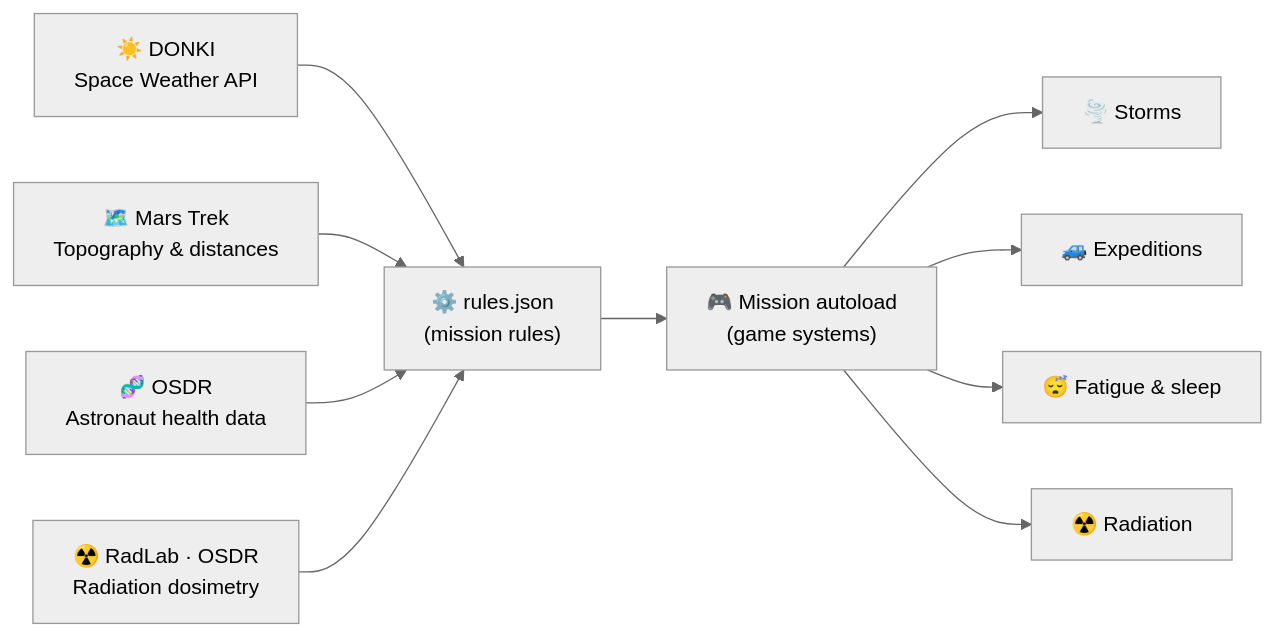
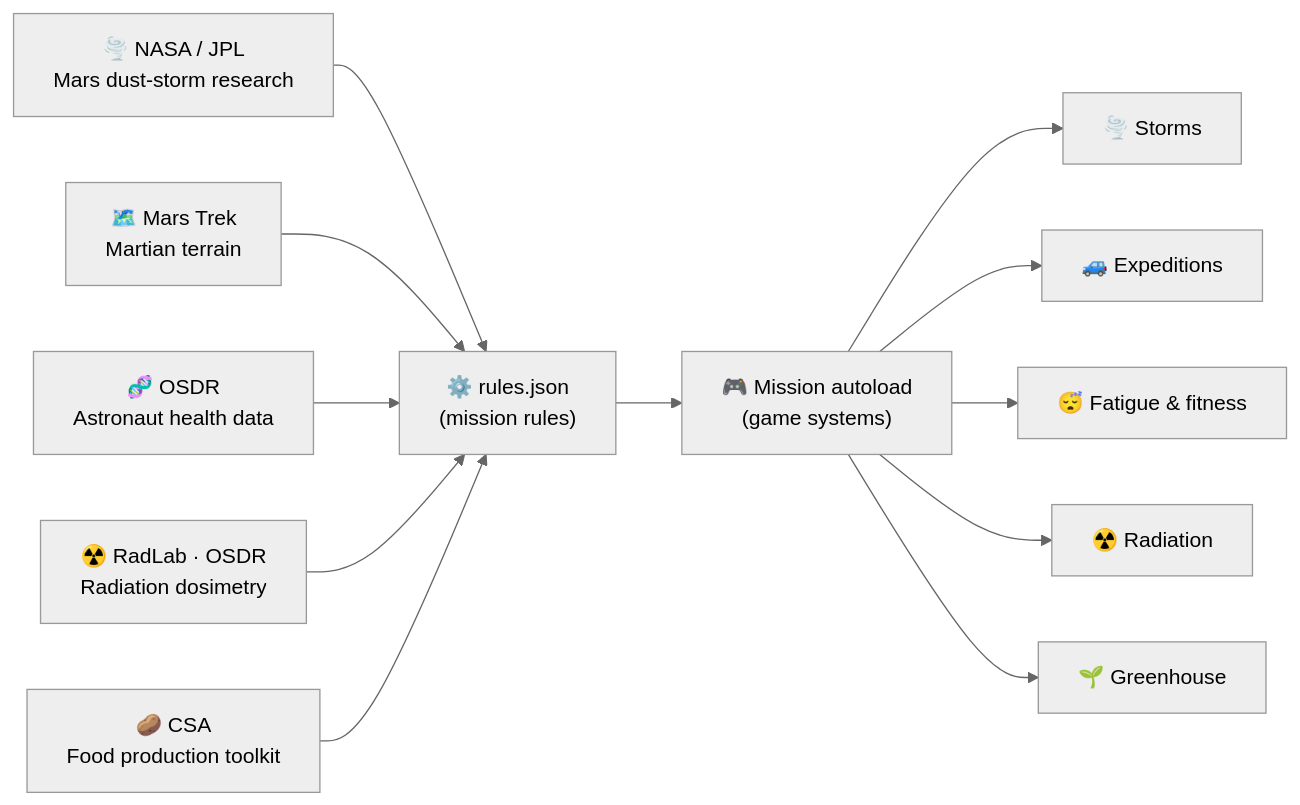
Before and after one commit to Etiensro/Martians-NasaSpaceAppsChallenge: the diagram in README.md, drawn with Mermaid (neutral theme). The commit also changed other lines of this file, not shown here.

````diff
--- a/README.md
+++ b/README.md
@@ -132,12 +184,14 @@
 ```mermaid
 flowchart LR
-    A["☀️ DONKI<br/>Space Weather API"] --> E["⚙️ rules.json<br/>(mission rules)"]
-    B["🗺️ Mars Trek<br/>Topography & distances"] --> E
+    A["🌪️ NASA / JPL<br/>Mars dust-storm research"] --> E["⚙️ rules.json<br/>(mission rules)"]
+    B["🗺️ Mars Trek<br/>Martian terrain"] --> E
     C["🧬 OSDR<br/>Astronaut health data"] --> E
     D["☢️ RadLab · OSDR<br/>Radiation dosimetry"] --> E
+    K["🥔 CSA<br/>Food production toolkit"] --> E
     E --> F["🎮 Mission autoload<br/>(game systems)"]
     F --> G["🌪️ Storms"]
     F --> H["🚙 Expeditions"]
-    F --> I["😴 Fatigue & sleep"]
+    F --> I["😴 Fatigue & fitness"]
     F --> J["☢️ Radiation"]
+    F --> L["🌱 Greenhouse"]
 ```
````
